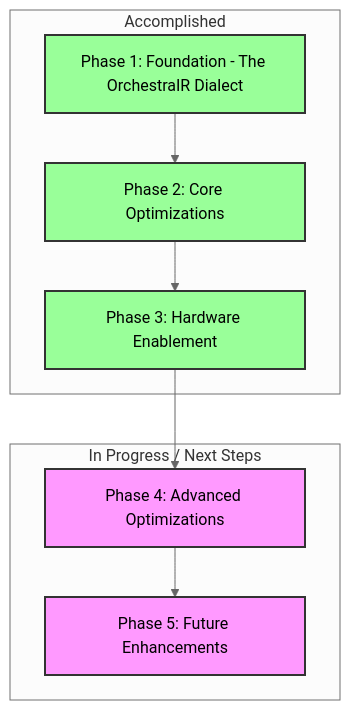
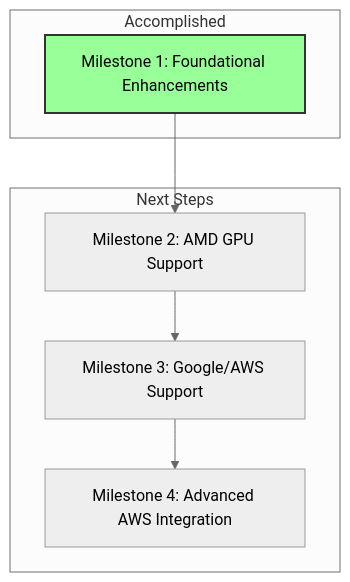
The diagram in docs/project-status/high-level-report.md (obwohl/orchestraos), drawn with Mermaid (neutral theme) before and after one commit. The commit also changed other lines of this file, not shown here.

````diff
--- a/docs/project-status/high-level-report.md
+++ b/docs/project-status/high-level-report.md
@@ -29,24 +29,18 @@
 ```mermaid
 graph TD
-    A[Phase 1: Foundation - The OrchestraIR Dialect] --> B[Phase 2: Core Optimizations];
-    B --> C[Phase 3: Hardware Enablement];
-    C --> D[Phase 4: Advanced Optimizations];
-    D --> E[Phase 5: Future Enhancements];
+    A[Milestone 1: Foundational Enhancements] --> B[Milestone 2: AMD GPU Support];
+    B --> C[Milestone 3: Google/AWS Support];
+    C --> D[Milestone 4: Advanced AWS Integration];
 
     style A fill:#9f9,stroke:#333,stroke-width:2px
-    style B fill:#9f9,stroke:#333,stroke-width:2px
-    style C fill:#9f9,stroke:#333,stroke-width:2px
-    style D fill:#f9f,stroke:#333,stroke-width:2px
-    style E fill:#f9f,stroke:#333,stroke-width:2px
 
     subgraph "Accomplished"
         A
+    end
+
+    subgraph "Next Steps"
         B
         C
-    end
-
-    subgraph "In Progress / Next Steps"
         D
-        E
     end
 ```
````
